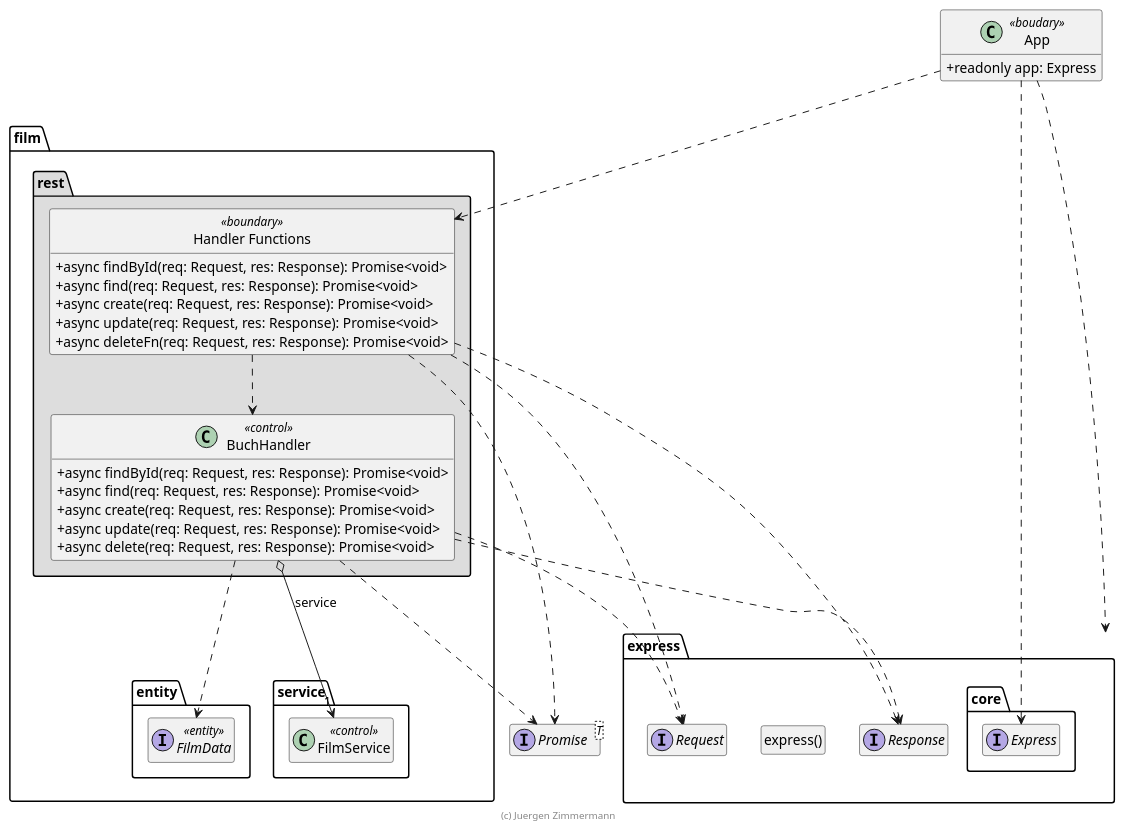
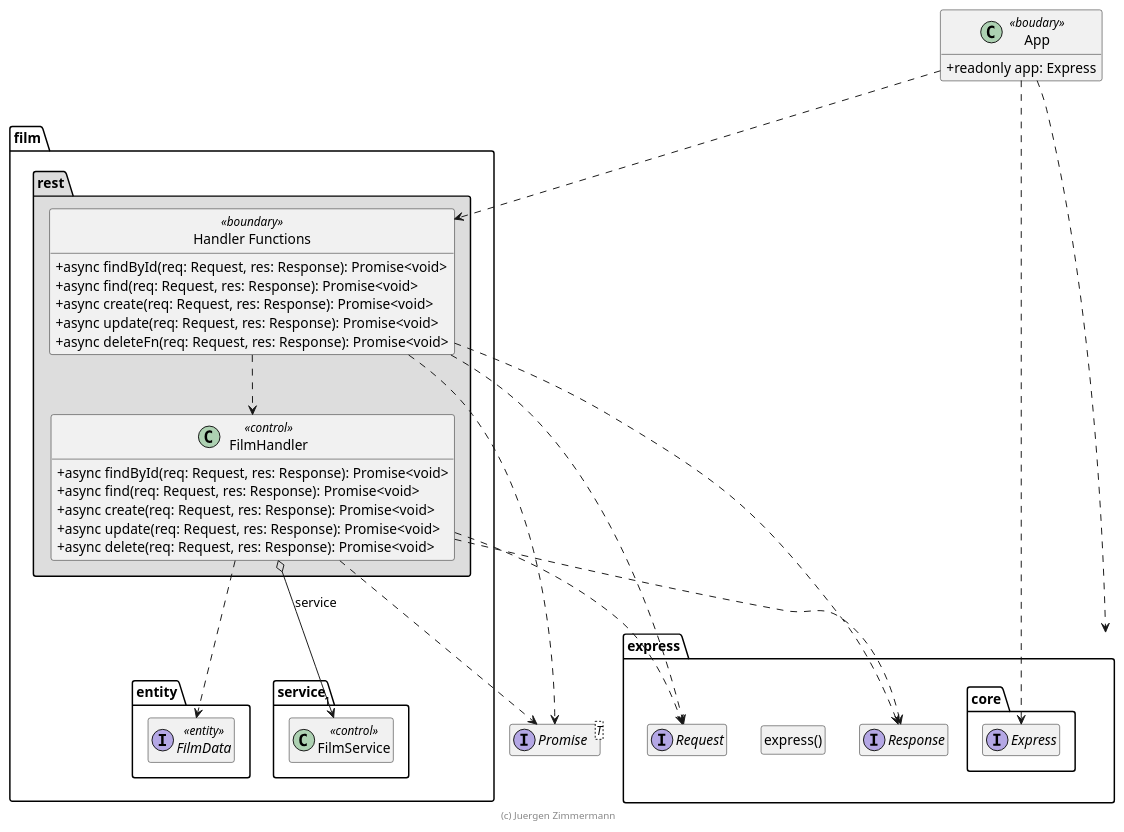
One commit to marcelmaerdian/SWE_WS2020 changed the diagram in doc/entwicklerhandbuch/FilmHandler.puml. Above: the diagram before and after it, drawn with PlantUML. The commit also changed 16 other files, not shown here.

```diff
--- a/doc/entwicklerhandbuch/FilmHandler.puml
+++ b/doc/entwicklerhandbuch/FilmHandler.puml
@@ -15,75 +15,75 @@
 @startuml Handler-Funktionen und Handler-Klasse
 
 !pragma useNewPackage
 skinparam classAttributeIconSize 0
 skinparam componentStyle uml2
 
 interface Promise<T>
 
 package express {
   package core {
     interface Express
   }
 
   class "express()" as express
   hide express circle
 
   interface Request
   interface Response
 }
 
 class App <<boudary>> {
   + readonly app: Express
 }
 App ..> Express
 App ..> express
 
 package film {
   package entity {
     interface FilmData <<entity>> {
     }
   }
 
   package service {
     class FilmService << control >> {
     }
   }
 
   package rest #DDDDDD {
     "Handler Functions" .right.> Request
     "Handler Functions" ..> Response
     "Handler Functions" ..> Promise
-    "Handler Functions" ..> BuchHandler
+    "Handler Functions" ..> FilmHandler
 
-    BuchHandler o--> "1" FilmService : service
-    BuchHandler .right.> Request
-    BuchHandler ..> Response
-    BuchHandler ..> FilmData
-    BuchHandler ..> Promise
+    FilmHandler o--> "1" FilmService : service
+    FilmHandler .right.> Request
+    FilmHandler ..> Response
+    FilmHandler ..> FilmData
+    FilmHandler ..> Promise
 
     class "Handler Functions" << boundary >> {
       + async findById(req: Request, res: Response): Promise<void>
       + async find(req: Request, res: Response): Promise<void>
       + async create(req: Request, res: Response): Promise<void>
       + async update(req: Request, res: Response): Promise<void>
       + async deleteFn(req: Request, res: Response): Promise<void>
     }
     hide "Handler Functions" << boundary >> circle
 
-    class BuchHandler << control >> {
+    class FilmHandler << control >> {
       + async findById(req: Request, res: Response): Promise<void>
       + async find(req: Request, res: Response): Promise<void>
       + async create(req: Request, res: Response): Promise<void>
       + async update(req: Request, res: Response): Promise<void>
       + async delete(req: Request, res: Response): Promise<void>
     }
   }
 }
 
 App ..> "Handler Functions"
 
 hide empty members
 
 footer (c) Juergen Zimmermann
 
 @enduml
```
